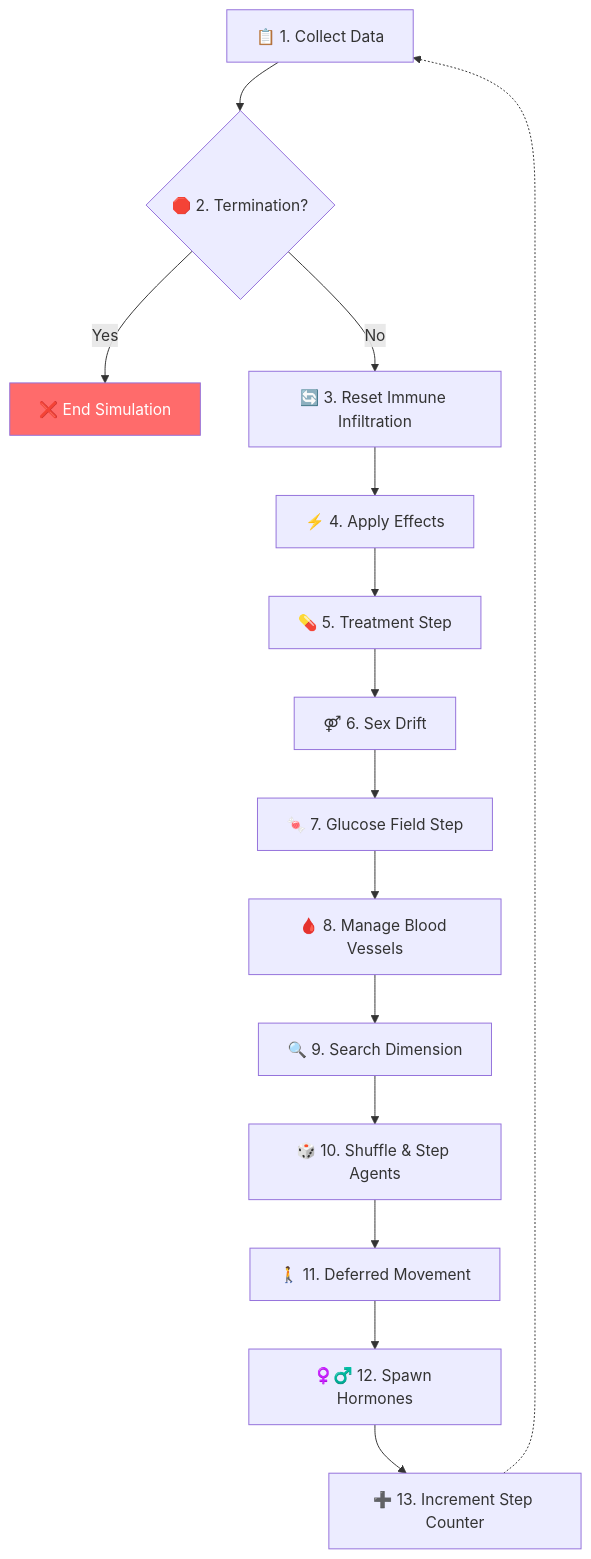
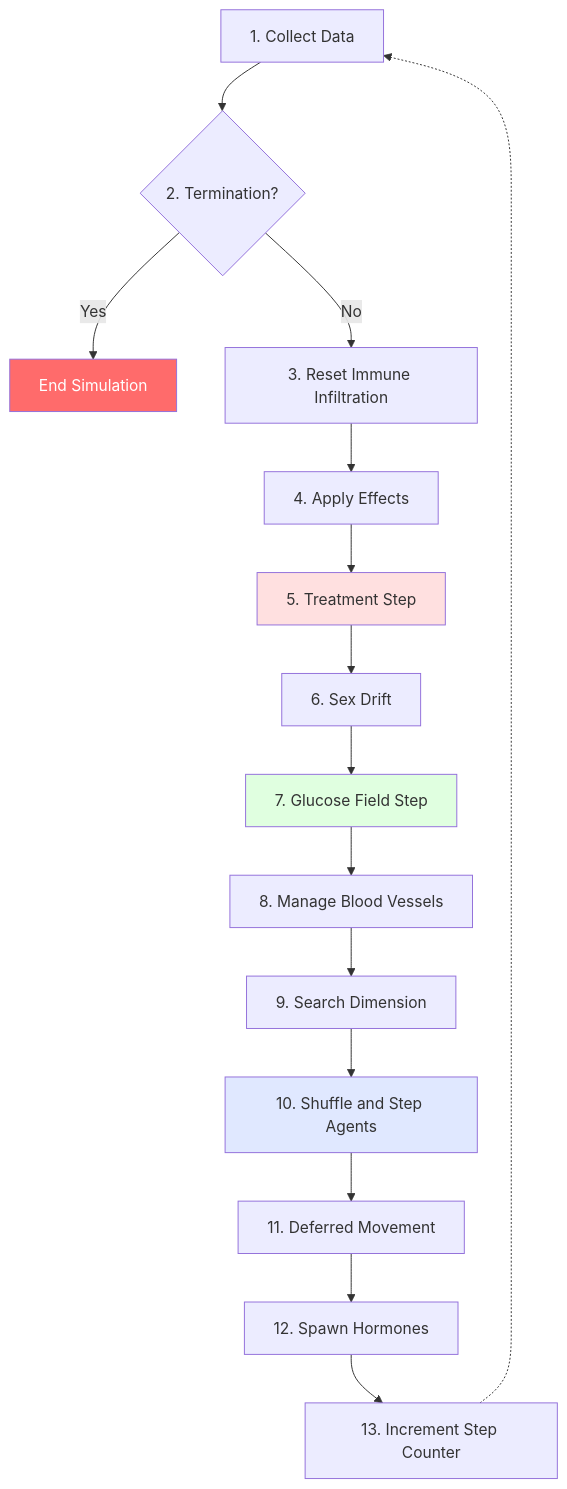
Before and after one commit to Samuele95/rcc-renal-cell-carcinoma-simulator: the first of 2 diagrams in README.md, drawn with Mermaid. The commit also changed other lines of this file, not shown here.

````diff
--- a/README.md
+++ b/README.md
@@ -196,19 +202,22 @@
 ```mermaid
 flowchart TD
-    S1["📋 1. Collect Data"] --> S2{"🛑 2. Termination?"}
-    S2 -- "Yes" --> EXIT["❌ End Simulation"]
-    S2 -- "No" --> S3["🔄 3. Reset Immune Infiltration"]
-    S3 --> S4["⚡ 4. Apply Effects"]
-    S4 --> S5["💊 5. Treatment Step"]
-    S5 --> S6["⚤ 6. Sex Drift"]
-    S6 --> S7["🍬 7. Glucose Field Step"]
-    S7 --> S8["🩸 8. Manage Blood Vessels"]
-    S8 --> S9["🔍 9. Search Dimension"]
-    S9 --> S10["🎲 10. Shuffle & Step Agents"]
-    S10 --> S11["🚶 11. Deferred Movement"]
-    S11 --> S12["♀️♂️ 12. Spawn Hormones"]
-    S12 --> S13["➕ 13. Increment Step Counter"]
+    S1[1. Collect Data] --> S2{2. Termination?}
+    S2 -- Yes --> EXIT[End Simulation]
+    S2 -- No --> S3[3. Reset Immune Infiltration]
+    S3 --> S4[4. Apply Effects]
+    S4 --> S5[5. Treatment Step]
+    S5 --> S6[6. Sex Drift]
+    S6 --> S7[7. Glucose Field Step]
+    S7 --> S8[8. Manage Blood Vessels]
+    S8 --> S9[9. Search Dimension]
+    S9 --> S10[10. Shuffle and Step Agents]
+    S10 --> S11[11. Deferred Movement]
+    S11 --> S12[12. Spawn Hormones]
+    S12 --> S13[13. Increment Step Counter]
     S13 -.-> S1
 
     style EXIT fill:#ff6b6b,color:#fff
+    style S5 fill:#ffe0e0
+    style S7 fill:#e0ffe0
+    style S10 fill:#e0e8ff
 ```
````
